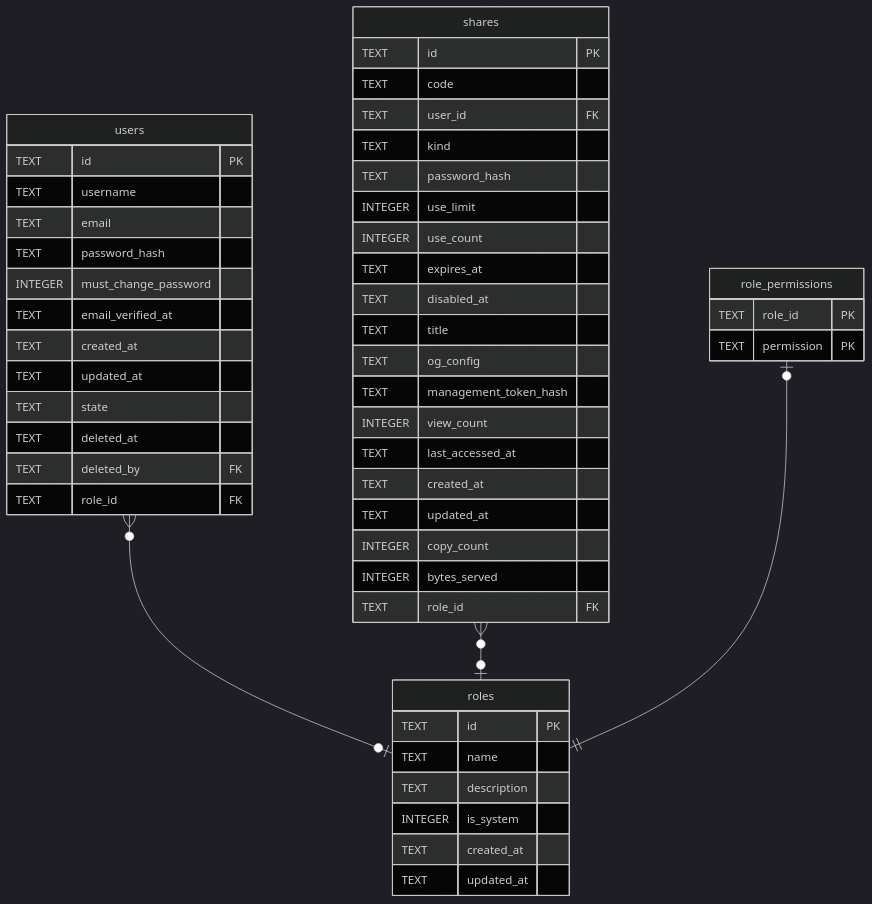
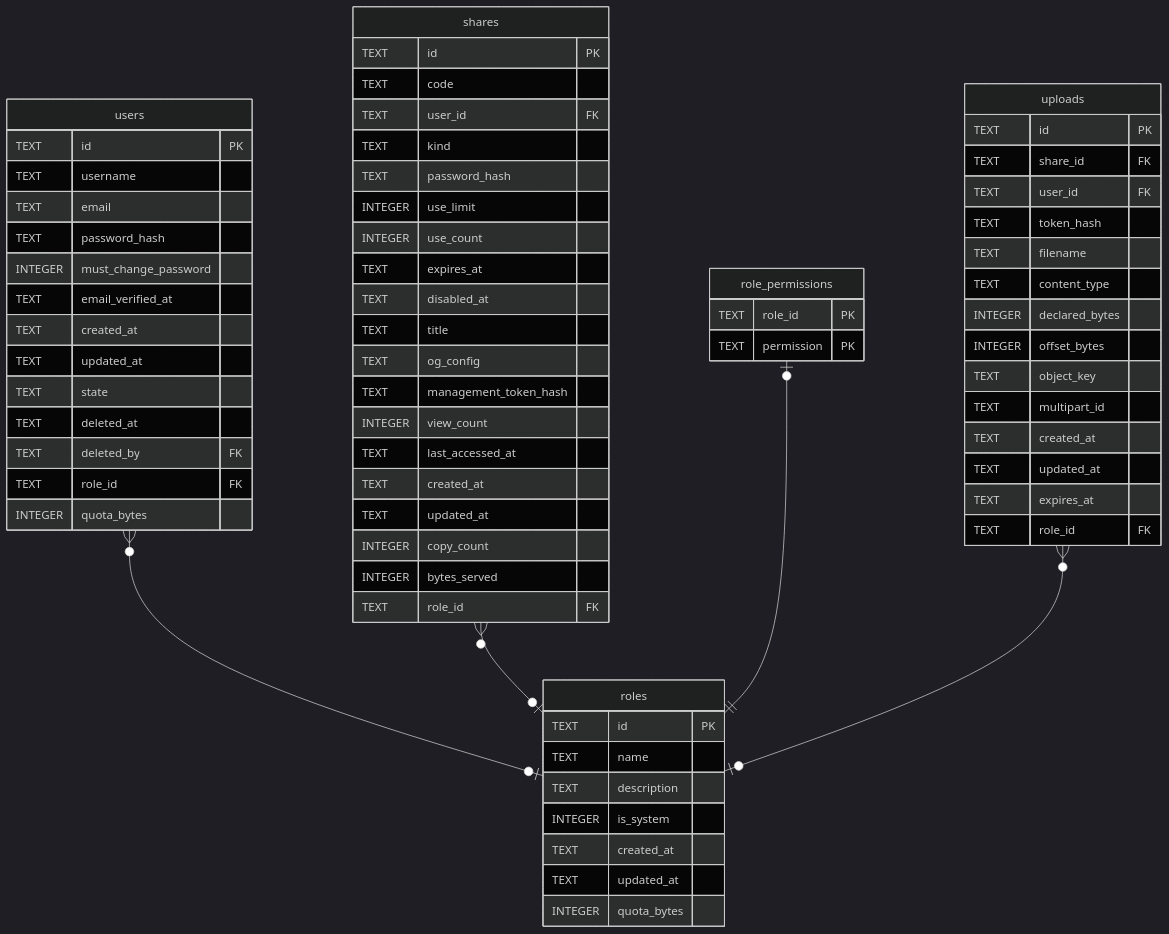
One commit to Limatura/tessera changed the diagram in docs/schema/roles.md. Above: the diagram before and after it, drawn with Mermaid (dark theme). The commit also changed other lines of this file and 44 other files, not shown here.

````diff
--- a/docs/schema/roles.md
+++ b/docs/schema/roles.md
@@ -53,55 +54,74 @@
 ```mermaid
 erDiagram
 
 "users" }o--o| "roles" : ""
 "shares" }o--o| "roles" : ""
 "role_permissions" |o--|| "roles" : ""
+"uploads" }o--o| "roles" : ""
 
 "roles" {
   TEXT id PK
   TEXT name
   TEXT description
   INTEGER is_system
   TEXT created_at
   TEXT updated_at
+  INTEGER quota_bytes
 }
 "users" {
   TEXT id PK
   TEXT username
   TEXT email
   TEXT password_hash
   INTEGER must_change_password
   TEXT email_verified_at
   TEXT created_at
   TEXT updated_at
   TEXT state
   TEXT deleted_at
   TEXT deleted_by FK
   TEXT role_id FK
+  INTEGER quota_bytes
 }
 "shares" {
   TEXT id PK
   TEXT code
   TEXT user_id FK
   TEXT kind
   TEXT password_hash
   INTEGER use_limit
   INTEGER use_count
   TEXT expires_at
   TEXT disabled_at
   TEXT title
   TEXT og_config
   TEXT management_token_hash
   INTEGER view_count
   TEXT last_accessed_at
   TEXT created_at
   TEXT updated_at
   INTEGER copy_count
   INTEGER bytes_served
   TEXT role_id FK
 }
 "role_permissions" {
   TEXT role_id PK
   TEXT permission PK
 }
+"uploads" {
+  TEXT id PK
+  TEXT share_id FK
+  TEXT user_id FK
+  TEXT token_hash
+  TEXT filename
+  TEXT content_type
+  INTEGER declared_bytes
+  INTEGER offset_bytes
+  TEXT object_key
+  TEXT multipart_id
+  TEXT created_at
+  TEXT updated_at
+  TEXT expires_at
+  TEXT role_id FK
+}
 ```
````
